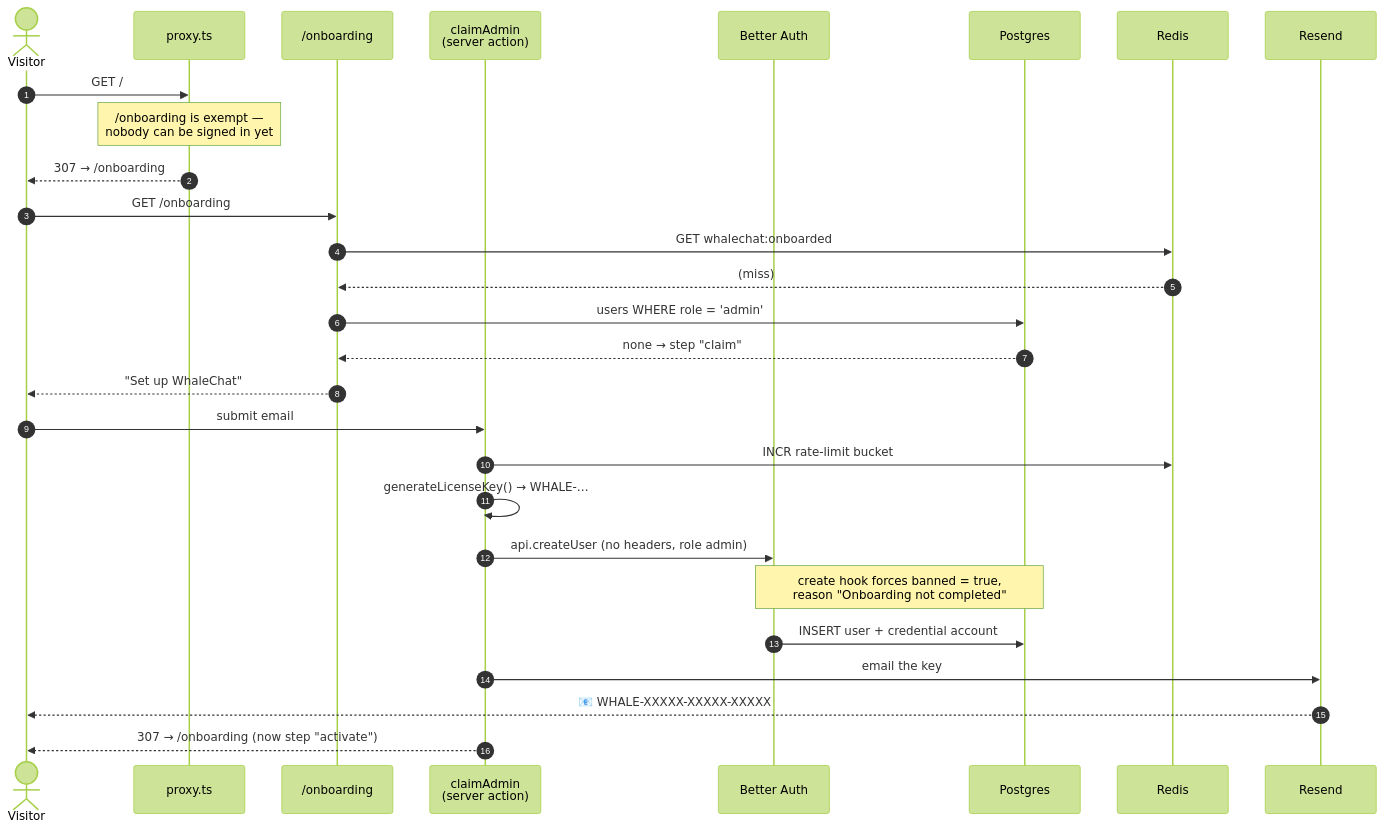
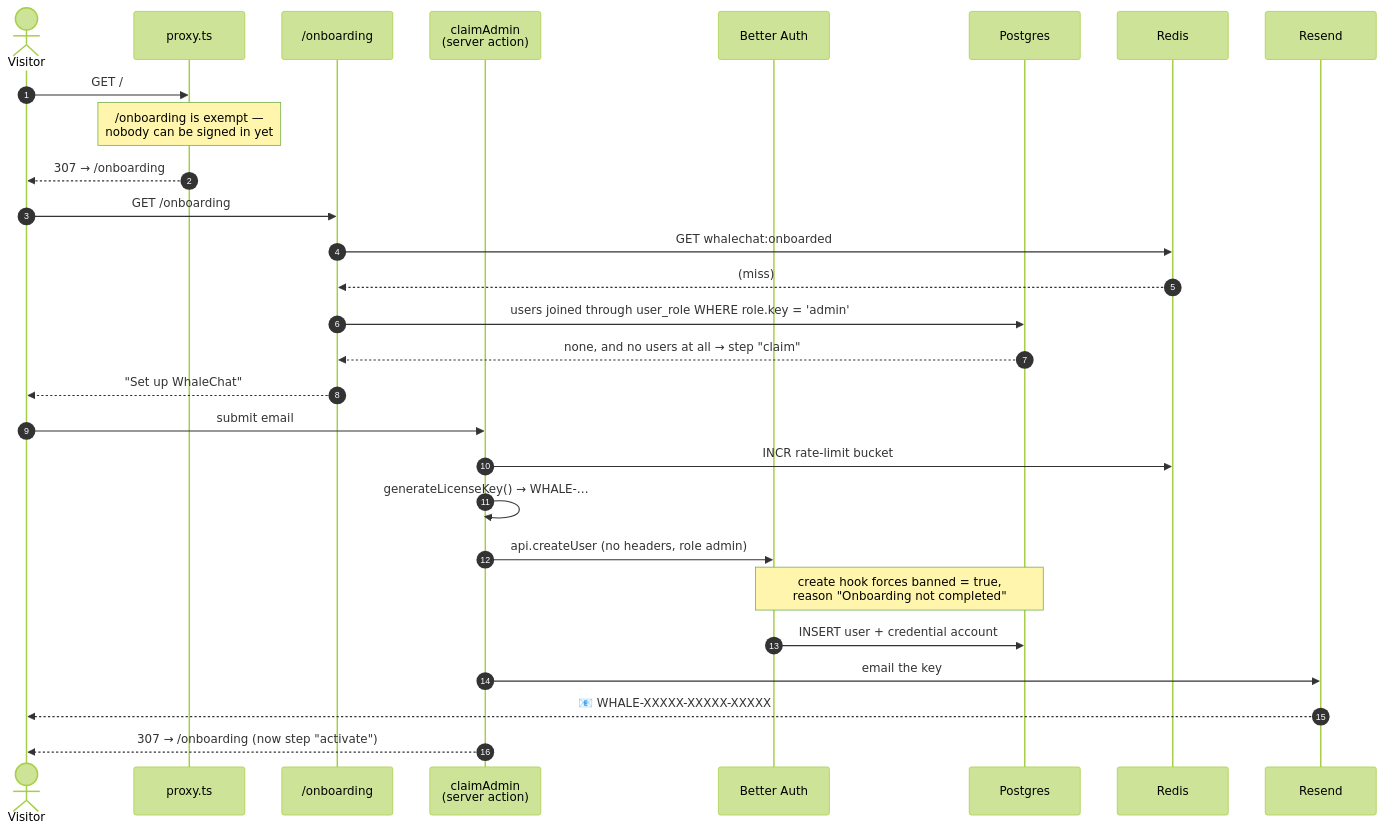
The diagram in docs/modules/auth/onboarding.md (Whale-Chat-Org/whalechat), drawn with Mermaid (forest theme) before and after one commit. The commit also changed other lines of this file and 8 other files, not shown here.

````diff
--- a/docs/modules/auth/onboarding.md
+++ b/docs/modules/auth/onboarding.md
@@ -46,32 +56,32 @@
 ```mermaid
 sequenceDiagram
     autonumber
     actor V as Visitor
     participant P as proxy.ts
     participant Page as /onboarding
     participant S as claimAdmin<br/>(server action)
     participant BA as Better Auth
     participant PG as Postgres
     participant R as Redis
     participant M as Resend
 
     V->>P: GET /
     Note over P: /onboarding is exempt —<br/>nobody can be signed in yet
     P-->>V: 307 → /onboarding
     V->>Page: GET /onboarding
     Page->>R: GET whalechat:onboarded
     R-->>Page: (miss)
-    Page->>PG: users WHERE role = 'admin'
-    PG-->>Page: none → step "claim"
+    Page->>PG: users joined through user_role WHERE role.key = 'admin'
+    PG-->>Page: none, and no users at all → step "claim"
     Page-->>V: "Set up WhaleChat"
 
     V->>S: submit email
     S->>R: INCR rate-limit bucket
     S->>S: generateLicenseKey() → WHALE-…
     S->>BA: api.createUser (no headers, role admin)
     Note over BA,PG: create hook forces banned = true,<br/>reason "Onboarding not completed"
     BA->>PG: INSERT user + credential account
     S->>M: email the key
     M-->>V: 📧 WHALE-XXXXX-XXXXX-XXXXX
     S-->>V: 307 → /onboarding (now step "activate")
 ```
````
